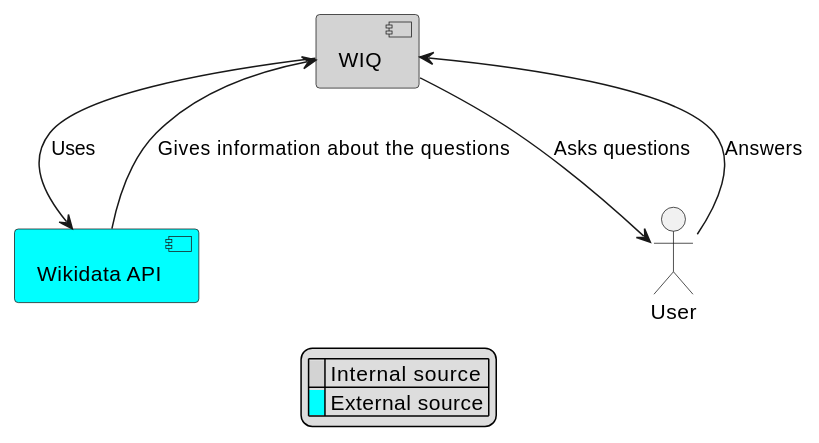
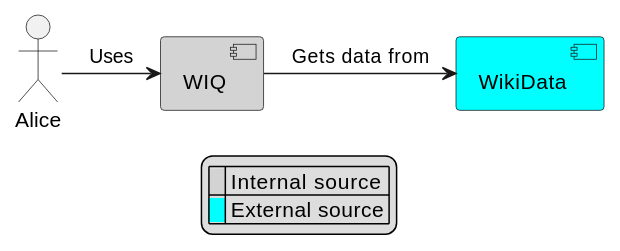
Before and after one commit to Arquisoft/wiq_es1c: the first of 2 diagrams in docs/src/03_system_scope_and_context.adoc, drawn with PlantUML. The commit also changed 3 other files, not shown here.

```diff
--- a/docs/src/03_system_scope_and_context.adoc
+++ b/docs/src/03_system_scope_and_context.adoc
@@ -8,15 +8,14 @@
 [plantuml,"businesscontext",png]
 ----
-component "WIQ" as wiq #LightGray
-component "Wikidata API" as data #Cyan
-[wiq] --> [data]: Uses
-[data] --> [wiq]: Gives information about the questions
-:User: --> [wiq]: Answers
-wiq --> User: Asks questions
+actor a as "Alice"
+Component w as "WIQ" #LightGray
+Component q as "WikiData" #Cyan
 
+a -> w: Uses
+w -> q: Gets data from
 
 legend
  |<back:#LightGray>   </back>| Internal source |
  |<back:#Cyan>   </back>| External source |
  endlegend
 ----
```
